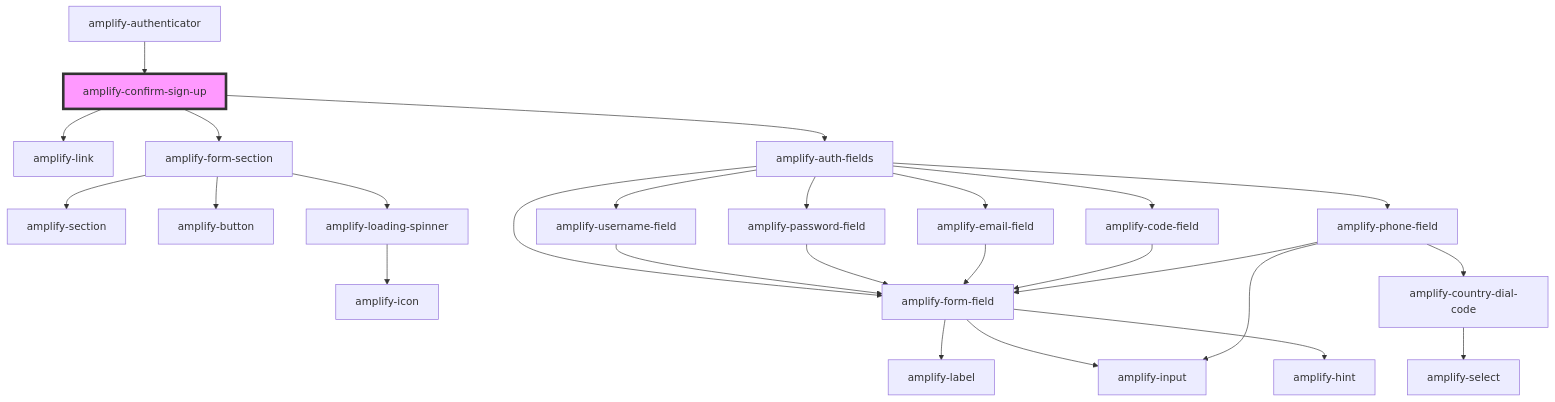
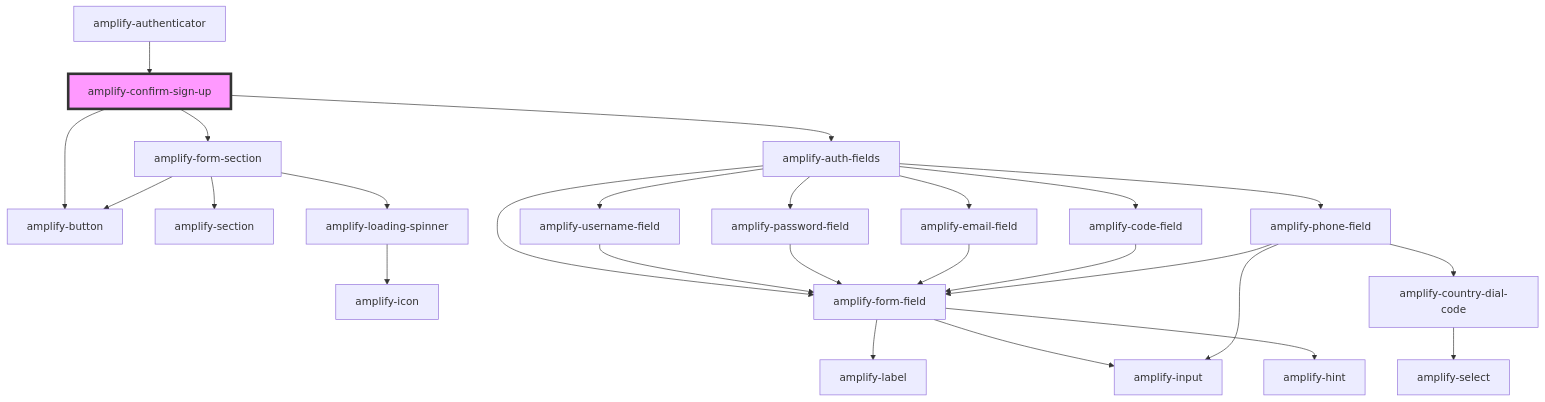
Before and after one commit to OneDev0411/amplify-js: the diagram in packages/amplify-ui-components/src/components/amplify-confirm-sign-up/readme.md, drawn with Mermaid. The commit also changed other lines of this file and 27 other files, not shown here.

````diff
--- a/packages/amplify-ui-components/src/components/amplify-confirm-sign-up/readme.md
+++ b/packages/amplify-ui-components/src/components/amplify-confirm-sign-up/readme.md
@@ -33,29 +33,29 @@
 ```mermaid
 graph TD;
-  amplify-confirm-sign-up --> amplify-link
+  amplify-confirm-sign-up --> amplify-button
   amplify-confirm-sign-up --> amplify-form-section
   amplify-confirm-sign-up --> amplify-auth-fields
   amplify-form-section --> amplify-section
   amplify-form-section --> amplify-button
   amplify-form-section --> amplify-loading-spinner
   amplify-loading-spinner --> amplify-icon
   amplify-auth-fields --> amplify-username-field
   amplify-auth-fields --> amplify-password-field
   amplify-auth-fields --> amplify-email-field
   amplify-auth-fields --> amplify-code-field
   amplify-auth-fields --> amplify-phone-field
   amplify-auth-fields --> amplify-form-field
   amplify-username-field --> amplify-form-field
   amplify-form-field --> amplify-label
   amplify-form-field --> amplify-input
   amplify-form-field --> amplify-hint
   amplify-password-field --> amplify-form-field
   amplify-email-field --> amplify-form-field
   amplify-code-field --> amplify-form-field
   amplify-phone-field --> amplify-form-field
   amplify-phone-field --> amplify-country-dial-code
   amplify-phone-field --> amplify-input
   amplify-country-dial-code --> amplify-select
   amplify-authenticator --> amplify-confirm-sign-up
   style amplify-confirm-sign-up fill:#f9f,stroke:#333,stroke-width:4px
 ```
````
